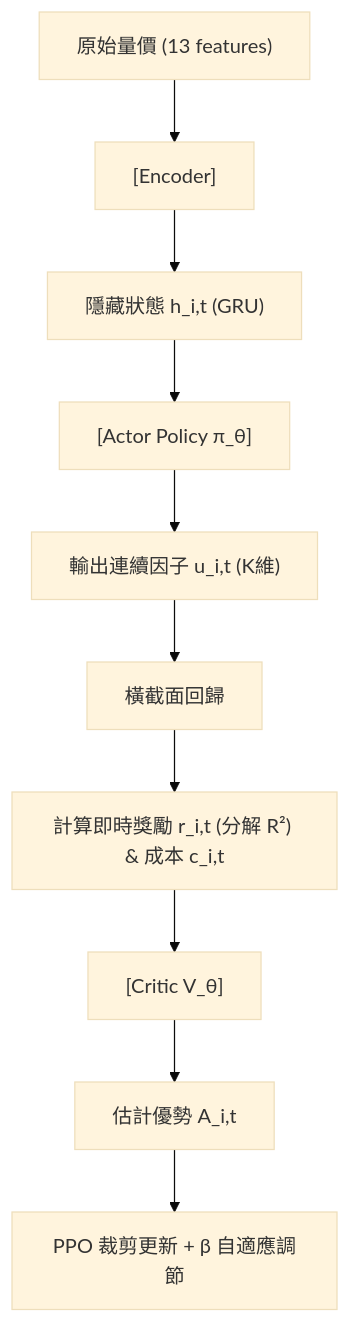
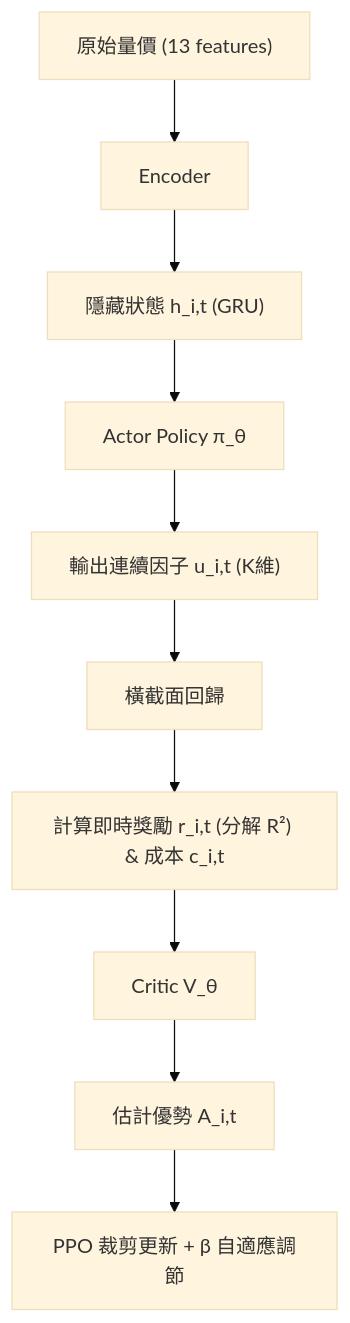
One commit to sou350121/Trading-Handbook changed the diagram in foundations/factor-mining/style-miner.md. Above: the diagram before and after it, drawn with Mermaid (base theme). The commit also changed 191 other files, not shown here.

First line of the commit message:
render: fix math + mermaid for GitHub across the corpus (188 pages)

````diff
--- a/foundations/factor-mining/style-miner.md
+++ b/foundations/factor-mining/style-miner.md
@@ -32,12 +32,12 @@
 ```mermaid
 flowchart TD
-    A["原始量價 (13 features)"] --> B["[Encoder]"]
+    A["原始量價 (13 features)"] --> B["Encoder"]
     B --> C["隱藏狀態 h_i,t (GRU)"]
-    C --> D["[Actor Policy π_θ]"]
+    C --> D["Actor Policy π_θ"]
     D --> E["輸出連續因子 u_i,t (K維)"]
     E --> F["橫截面回歸"]
-    F --> G["計算即時獎勵 r_i,t (分解 R²) & 成本 c_i,t"]
-    G --> H["[Critic V_θ]"]
+    F --> G["計算即時獎勵 r_i,t (分解 R²) &amp; 成本 c_i,t"]
+    G --> H["Critic V_θ"]
     H --> I["估計優勢 A_i,t"]
     I --> J["PPO 裁剪更新 + β 自適應調節"]
 ```
````
